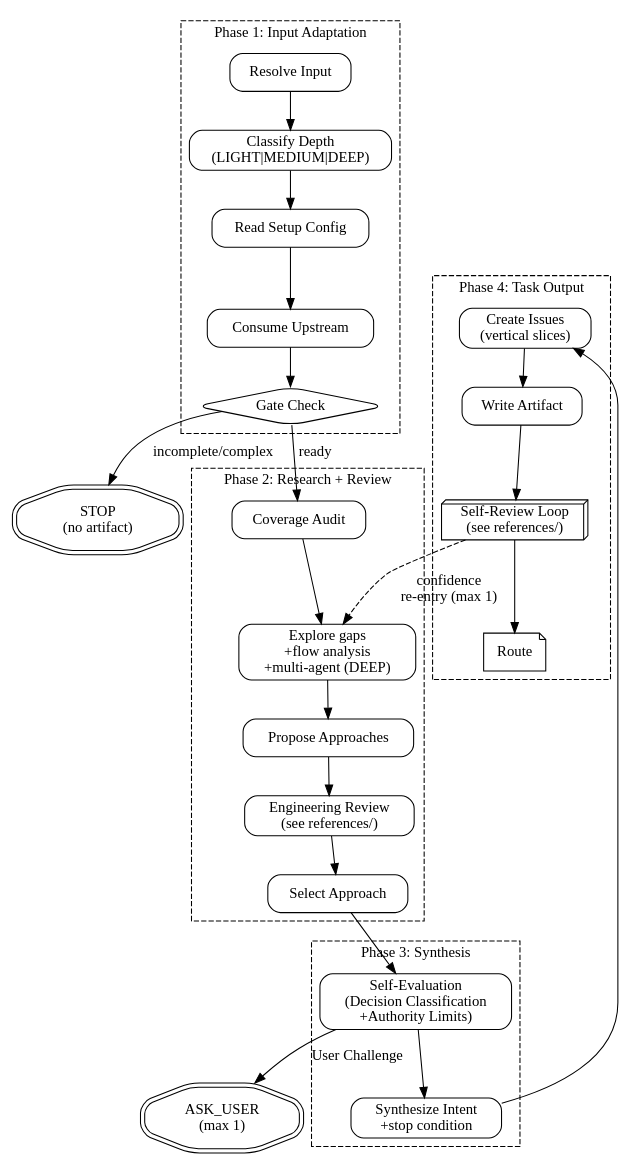
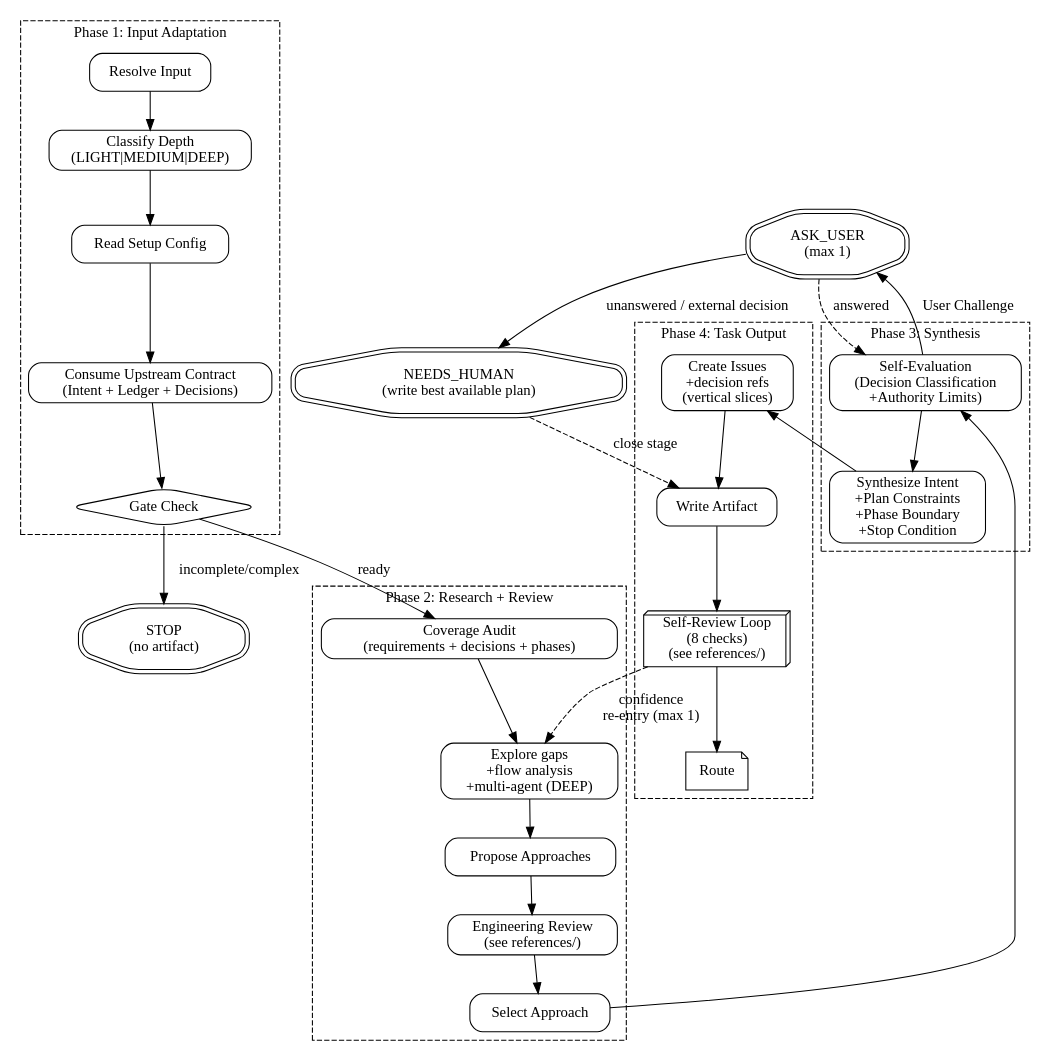
The diagram in skills/pge-plan/SKILL.md (feng-y/pge), drawn with Graphviz before and after one commit. The commit also changed other lines of this file and 4 other files, not shown here.

Commit message:
Align PGE research plan flow gates

````diff
--- a/skills/pge-plan/SKILL.md
+++ b/skills/pge-plan/SKILL.md
@@ -29,59 +29,63 @@
 ```dot
 digraph pge_plan {
   rankdir=TB;
   node [shape=box, style=rounded];
 
   subgraph cluster_phase1 {
     label="Phase 1: Input Adaptation";
     style=dashed;
     resolve_input [label="Resolve Input"];
     classify_depth [label="Classify Depth\n(LIGHT|MEDIUM|DEEP)"];
     read_config [label="Read Setup Config"];
-    consume_upstream [label="Consume Upstream"];
+    consume_upstream [label="Consume Upstream Contract\n(Intent + Ledger + Decisions)"];
     gate_check [label="Gate Check", shape=diamond];
     resolve_input -> classify_depth -> read_config -> consume_upstream -> gate_check;
   }
 
   gate_stop [label="STOP\n(no artifact)", shape=doubleoctagon];
   gate_check -> gate_stop [label="incomplete/complex"];
 
   subgraph cluster_phase2 {
     label="Phase 2: Research + Review";
     style=dashed;
-    coverage_audit [label="Coverage Audit"];
+    coverage_audit [label="Coverage Audit\n(requirements + decisions + phases)"];
     explore [label="Explore gaps\n+flow analysis\n+multi-agent (DEEP)"];
     propose [label="Propose Approaches"];
     eng_review [label="Engineering Review\n(see references/)"];
     select_approach [label="Select Approach"];
     coverage_audit -> explore -> propose -> eng_review -> select_approach;
   }
 
   gate_check -> coverage_audit [label="ready"];
 
   subgraph cluster_phase3 {
     label="Phase 3: Synthesis";
     style=dashed;
     self_eval [label="Self-Evaluation\n(Decision Classification\n+Authority Limits)"];
-    synthesize [label="Synthesize Intent\n+stop condition"];
+    synthesize [label="Synthesize Intent\n+Plan Constraints\n+Phase Boundary\n+Stop Condition"];
     self_eval -> synthesize;
   }
 
   authority_ask [label="ASK_USER\n(max 1)", shape=doubleoctagon];
+  needs_human [label="NEEDS_HUMAN\n(write best available plan)", shape=doubleoctagon];
   self_eval -> authority_ask [label="User Challenge"];
+  authority_ask -> self_eval [label="answered", style=dashed];
+  authority_ask -> needs_human [label="unanswered / external decision"];
 
   select_approach -> self_eval;
 
   subgraph cluster_phase4 {
     label="Phase 4: Task Output";
     style=dashed;
-    create_issues [label="Create Issues\n(vertical slices)"];
+    create_issues [label="Create Issues\n+decision refs\n(vertical slices)"];
     write_artifact [label="Write Artifact"];
-    self_review [label="Self-Review Loop\n(see references/)", shape=box3d];
+    self_review [label="Self-Review Loop\n(8 checks)\n(see references/)", shape=box3d];
     route [label="Route", shape=note];
     create_issues -> write_artifact -> self_review -> route;
   }
 
   synthesize -> create_issues;
+  needs_human -> write_artifact [label="close stage", style=dashed];
   self_review -> explore [label="confidence\nre-entry (max 1)", style=dashed];
 }
 ```
````
